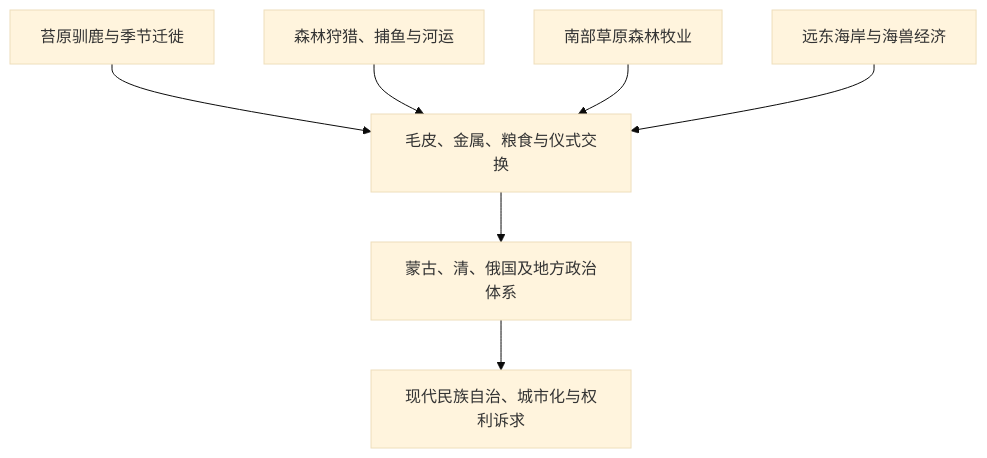
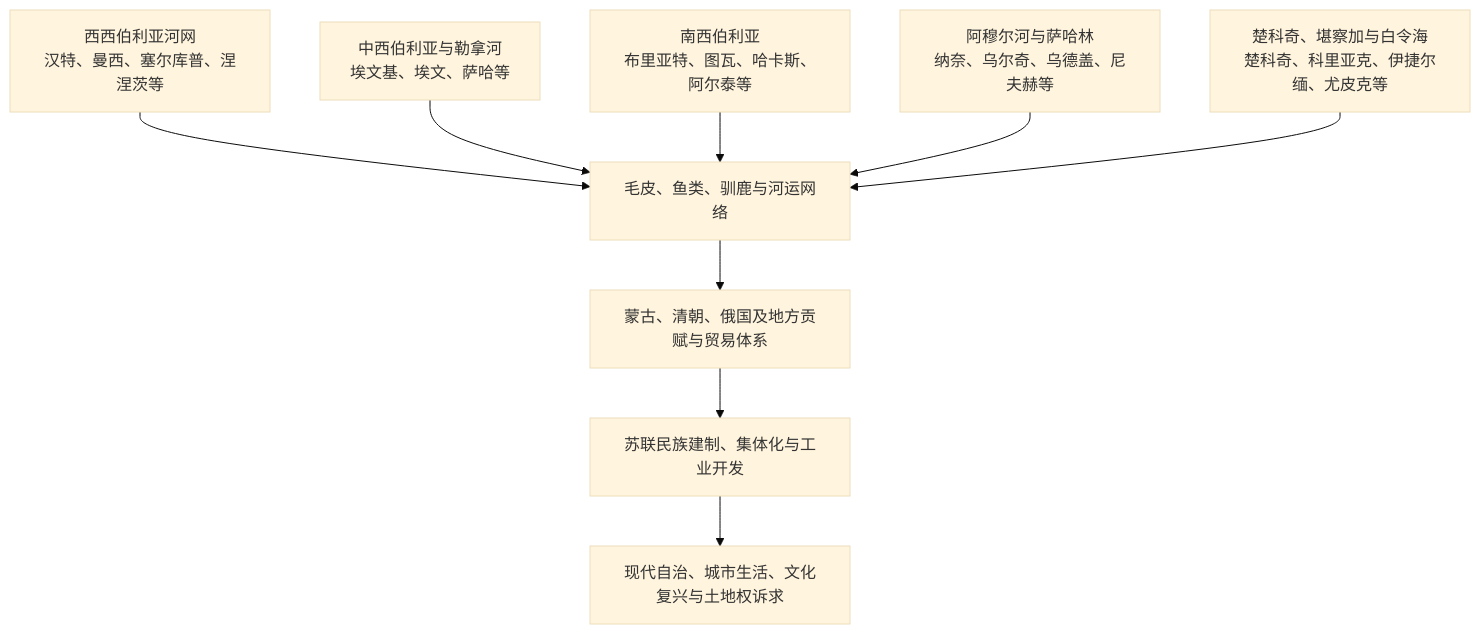
The diagram in 人文科学/历史/北亚/_通史/西伯利亚和远东原住民社会.md (tianlan-dev/learning-notes), drawn with Mermaid (base theme) before and after one commit. The commit also changed other lines of this file and 1417 other files, not shown here.

````diff
--- a/人文科学/历史/北亚/_通史/西伯利亚和远东原住民社会.md
+++ b/人文科学/历史/北亚/_通史/西伯利亚和远东原住民社会.md
@@ -28,9 +21,11 @@
 ```mermaid
 flowchart TD
-    Tundra["苔原驯鹿与季节迁徙"] --> Exchange["毛皮、金属、粮食与仪式交换"]
-    Forest["森林狩猎、捕鱼与河运"] --> Exchange
-    Steppe["南部草原森林牧业"] --> Exchange
-    Coast["远东海岸与海兽经济"] --> Exchange
-    Exchange --> Empires["蒙古、清、俄国及地方政治体系"]
-    Empires --> Modern["现代民族自治、城市化与权利诉求"]
+    A["西西伯利亚河网<br/>汉特、曼西、塞尔库普、涅涅茨等"] --> N["毛皮、鱼类、驯鹿与河运网络"]
+    B["中西伯利亚与勒拿河<br/>埃文基、埃文、萨哈等"] --> N
+    C["南西伯利亚<br/>布里亚特、图瓦、哈卡斯、阿尔泰等"] --> N
+    D["阿穆尔河与萨哈林<br/>纳奈、乌尔奇、乌德盖、尼夫赫等"] --> N
+    E["楚科奇、堪察加与白令海<br/>楚科奇、科里亚克、伊捷尔缅、尤皮克等"] --> N
+    N --> R["蒙古、清朝、俄国及地方贡赋与贸易体系"]
+    R --> S["苏联民族建制、集体化与工业开发"]
+    S --> T["现代自治、城市生活、文化复兴与土地权诉求"]
 ```
````
